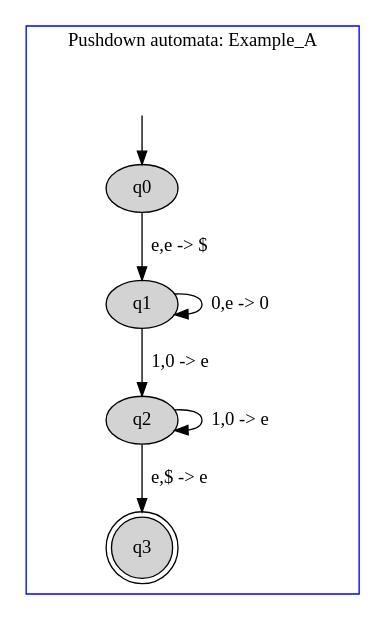
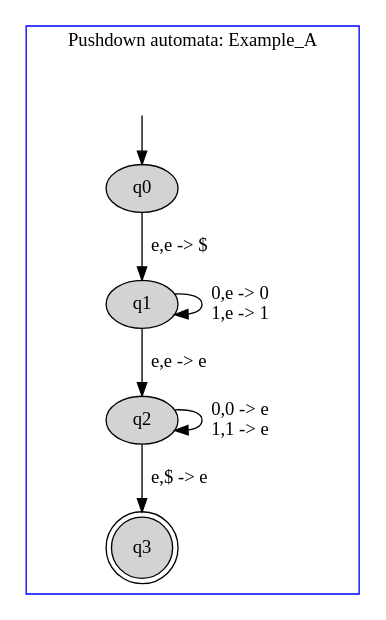
Before and after one commit to danielScLima/pushdown_automata: the diagram in PA/images/file.dot, drawn with Graphviz. The commit also changed 26 other files, not shown here.

```diff
--- a/PA/images/file.dot
+++ b/PA/images/file.dot
@@ -1,18 +1,20 @@
 digraph G {
 	subgraph cluster_1 {
 		node [style=filled];
 		label = "Pushdown automata: Example_A"
 		color=blue;
 
 		q0;
 		q1;
 		q2;
 		q3 [shape="doublecircle"];
 		q0->q1[label="e,e -> $"];
-		q1->q1[label="0,e -> 0"];
-		q1->q2[label="1,0 -> e"];
-		q2->q2[label="1,0 -> e"];
+		q1->q1[label="0,e -> 0
+1,e -> 1"];
+		q1->q2[label="e,e -> e"];
+		q2->q2[label="0,0 -> e
+1,1 -> e"];
 		q2->q3[label="e,$ -> e"];
 x [color=white, label=""];		x->q0	}
 
 }
```
